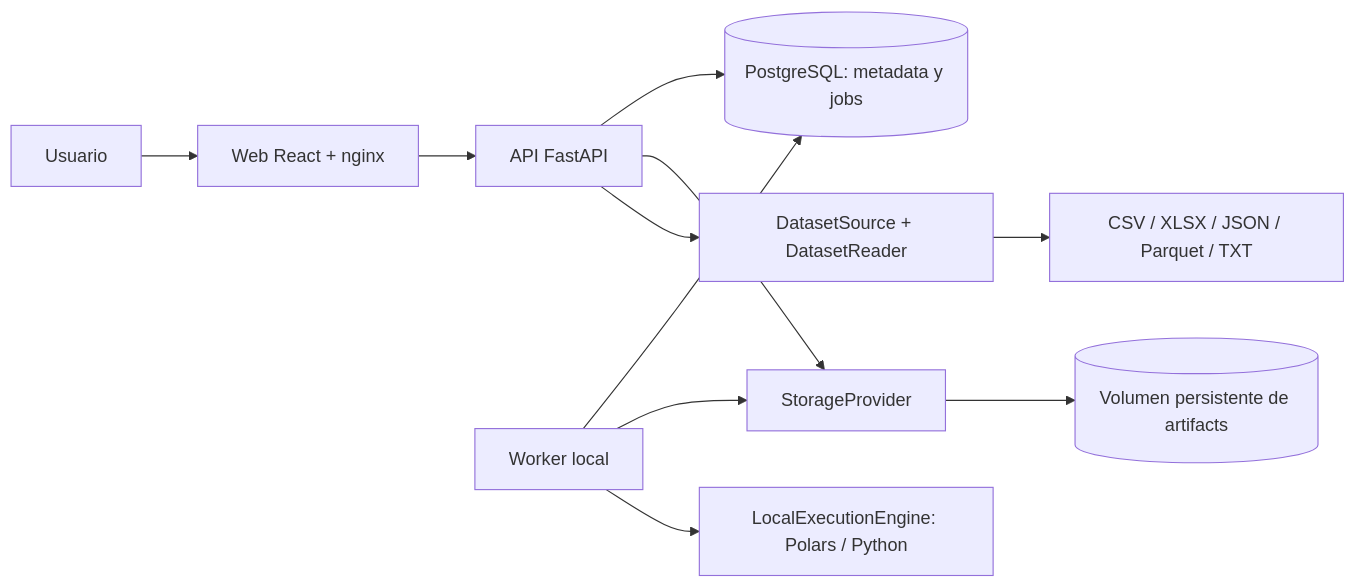
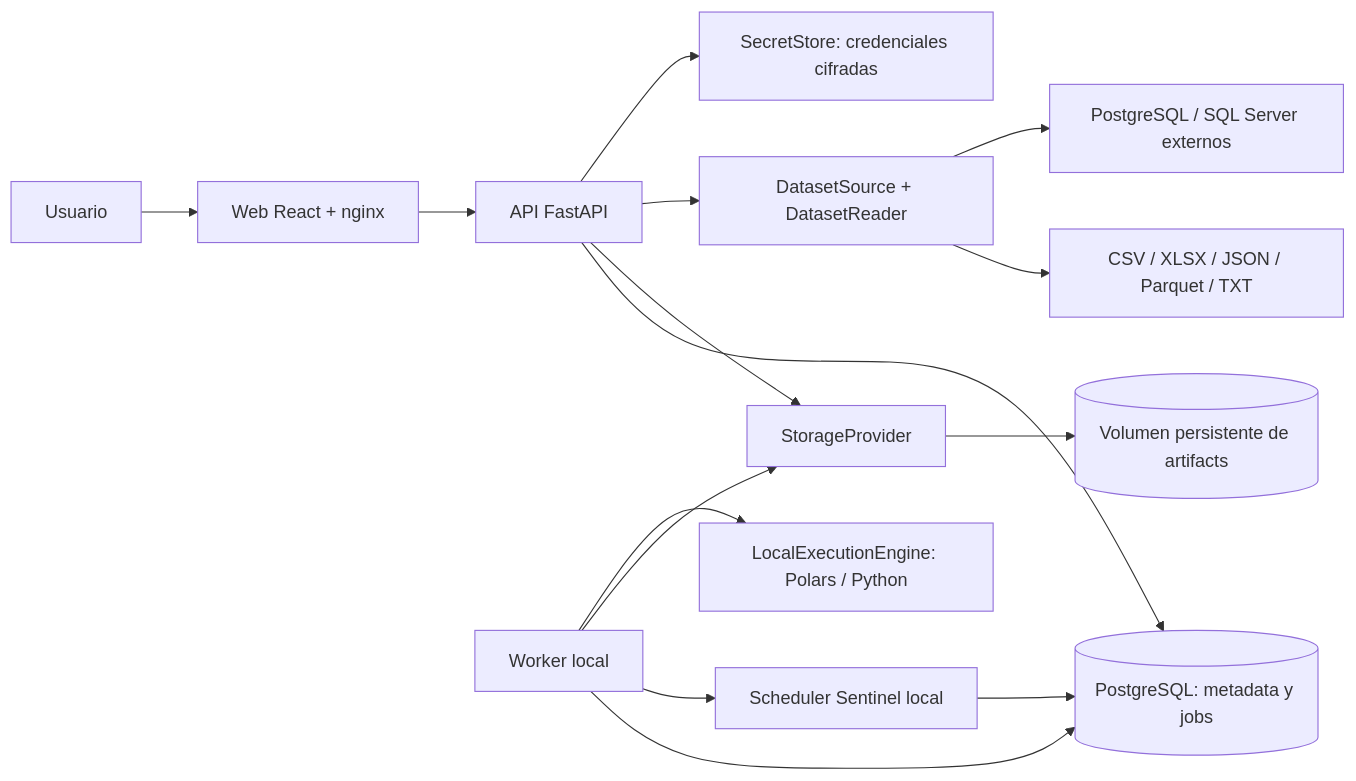
One commit to eddiesan422/TrackvanceCore changed the diagram in docs/architecture.md. Above: the diagram before and after it, drawn with Mermaid. The commit also changed other lines of this file and 147 other files, not shown here.

Commit message:
feat: mature local roadmap through volume certification (0.4.0)

````diff
--- a/docs/architecture.md
+++ b/docs/architecture.md
@@ -19,13 +19,17 @@
 ```mermaid
 flowchart LR
   U[Usuario] --> W[Web React + nginx]
   W --> A[API FastAPI]
   A --> P[(PostgreSQL: metadata y jobs)]
   K[Worker local] --> P
+  K --> SCH[Scheduler Sentinel local]
+  SCH --> P
   A --> S[StorageProvider]
   K --> S
   S --> V[(Volumen persistente de artifacts)]
   K --> E[LocalExecutionEngine: Polars / Python]
   A --> D[DatasetSource + DatasetReader]
   D --> F[CSV / XLSX / JSON / Parquet / TXT]
+  D --> EXT[PostgreSQL / SQL Server externos]
+  A --> SEC[SecretStore: credenciales cifradas]
 ```
````
